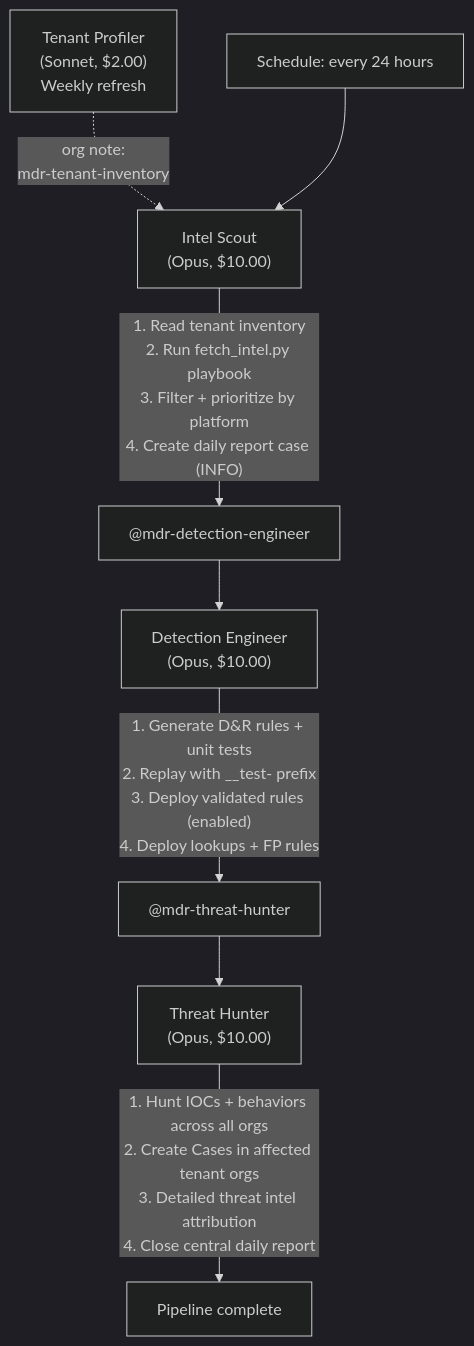
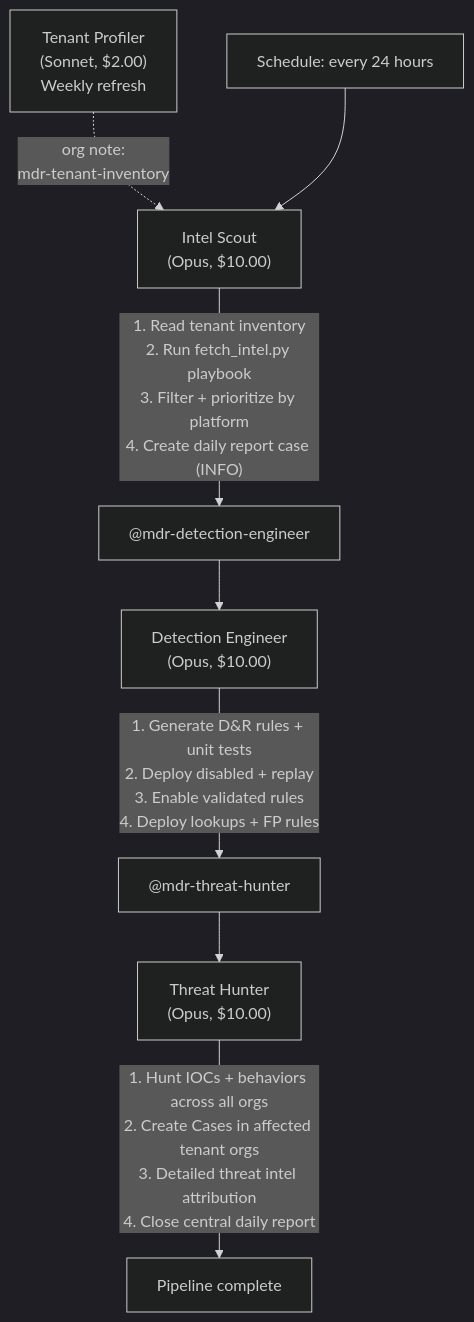
The diagram in ai-teams/mdr-hunting-pipeline-team/README.md (refractionPOINT/lc-ai), drawn with Mermaid (dark theme) before and after one commit. The commit also changed other lines of this file and 1 other file, not shown here.

Commit message:
Fix mdr-detection-engineer replay to use disabled rules instead of __test- prefix
The __test- prefix naming convention had no backing logic in the LC
backend — rules with that prefix would still fire live detections.
Replace with deploying rules in disabled state (usr_mtd.enabled: false)
which the live D&R engine skips but the replay service still evaluates.

````diff
--- a/ai-teams/mdr-hunting-pipeline-team/README.md
+++ b/ai-teams/mdr-hunting-pipeline-team/README.md
@@ -7,10 +7,10 @@
 ```mermaid
 flowchart TD
     profiler["Tenant Profiler<br/>(Sonnet, $2.00)<br/>Weekly refresh"] -.->|"org note:<br/>mdr-tenant-inventory"| scout
     trigger["Schedule: every 24 hours"] --> scout["Intel Scout<br/>(Opus, $10.00)"]
     scout --> |"1. Read tenant inventory<br/>2. Run fetch_intel.py playbook<br/>3. Filter + prioritize by platform<br/>4. Create daily report case (INFO)"| mention1["@mdr-detection-engineer"]
     mention1 --> engineer["Detection Engineer<br/>(Opus, $10.00)"]
-    engineer --> |"1. Generate D&R rules + unit tests<br/>2. Replay with __test- prefix<br/>3. Deploy validated rules (enabled)<br/>4. Deploy lookups + FP rules"| mention2["@mdr-threat-hunter"]
+    engineer --> |"1. Generate D&R rules + unit tests<br/>2. Deploy disabled + replay<br/>3. Enable validated rules<br/>4. Deploy lookups + FP rules"| mention2["@mdr-threat-hunter"]
     mention2 --> hunter["Threat Hunter<br/>(Opus, $10.00)"]
     hunter --> |"1. Hunt IOCs + behaviors across all orgs<br/>2. Create Cases in affected tenant orgs<br/>3. Detailed threat intel attribution<br/>4. Close central daily report"| done["Pipeline complete"]
 ```
````
